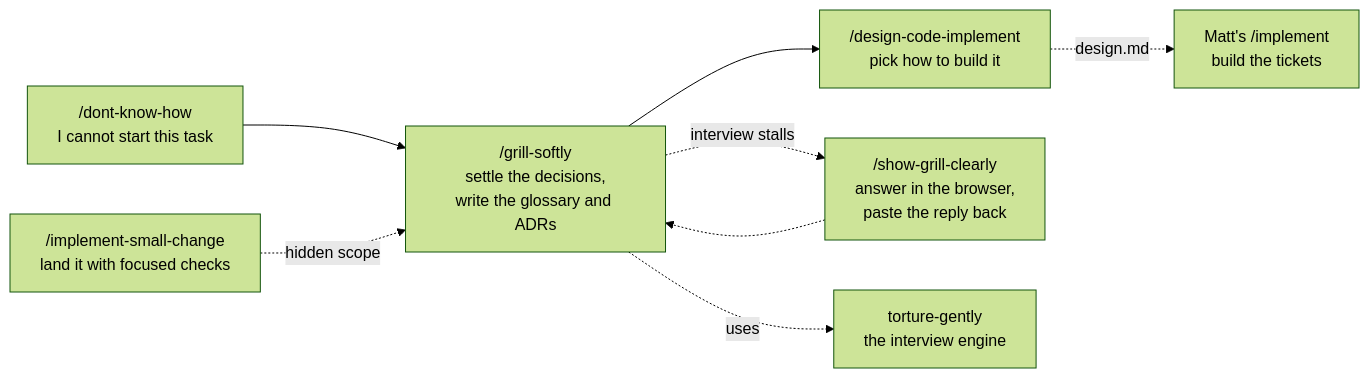
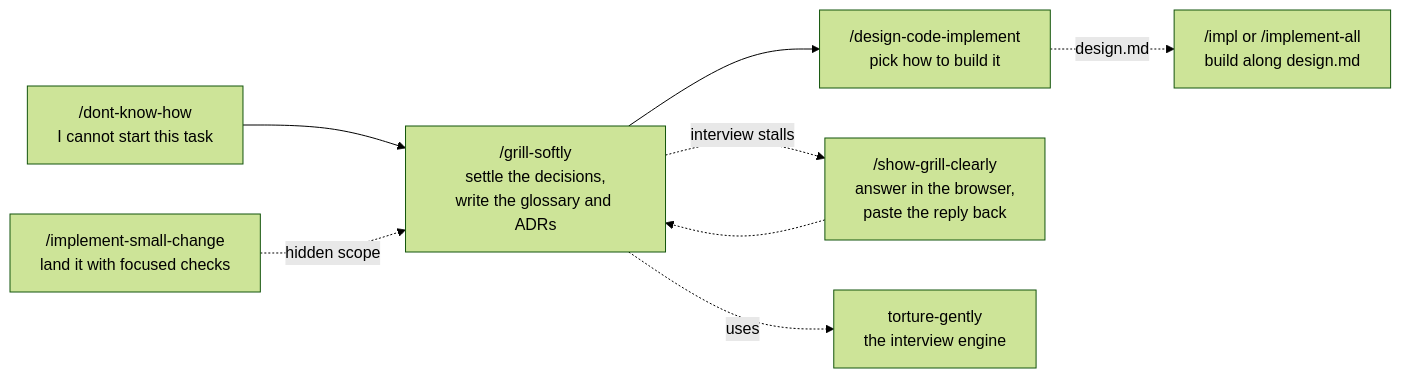
The diagram in README.md (GUOJIE-HONG/skills), drawn with Mermaid (forest theme) before and after one commit. The commit also changed other lines of this file and 8 other files, not shown here.

First line of the commit message:
feat: 新增讀取 design.md 的 impl 與 implement-all

````diff
--- a/README.md
+++ b/README.md
@@ -68,11 +67,11 @@
 ```mermaid
 flowchart LR
     A["/dont-know-how<br/>I cannot start this task"] --> B["/grill-softly<br/>settle the decisions,<br/>write the glossary and ADRs"]
     B --> C["/design-code-implement<br/>pick how to build it"]
     D["/implement-small-change<br/>land it with focused checks"]
-    C -.->|"design.md"| G["Matt's /implement<br/>build the tickets"]
+    C -.->|"design.md"| G["/impl or /implement-all<br/>build along design.md"]
     B -. interview stalls .-> E["/show-grill-clearly<br/>answer in the browser,<br/>paste the reply back"]
     E -.-> B
     B -. uses .-> F["torture-gently<br/>the interview engine"]
     D -. hidden scope .-> B
 ```
````
